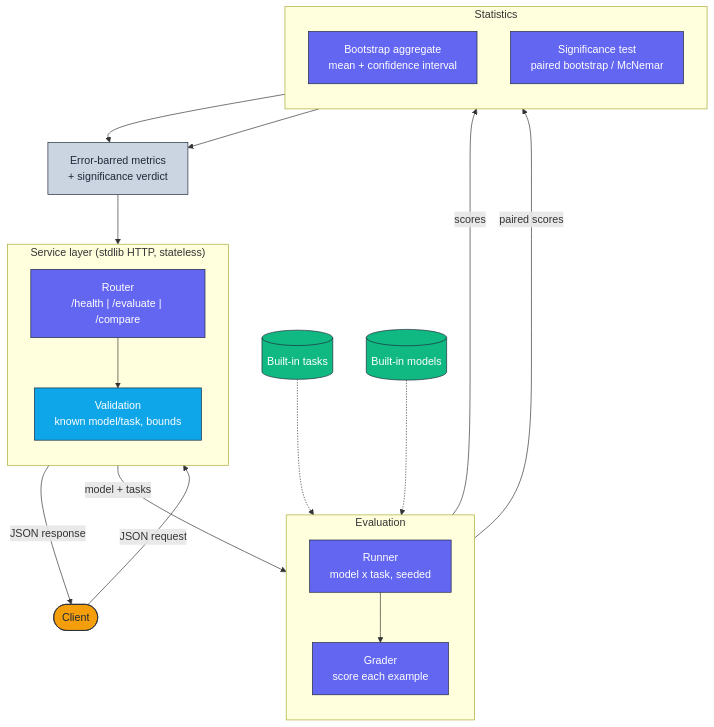
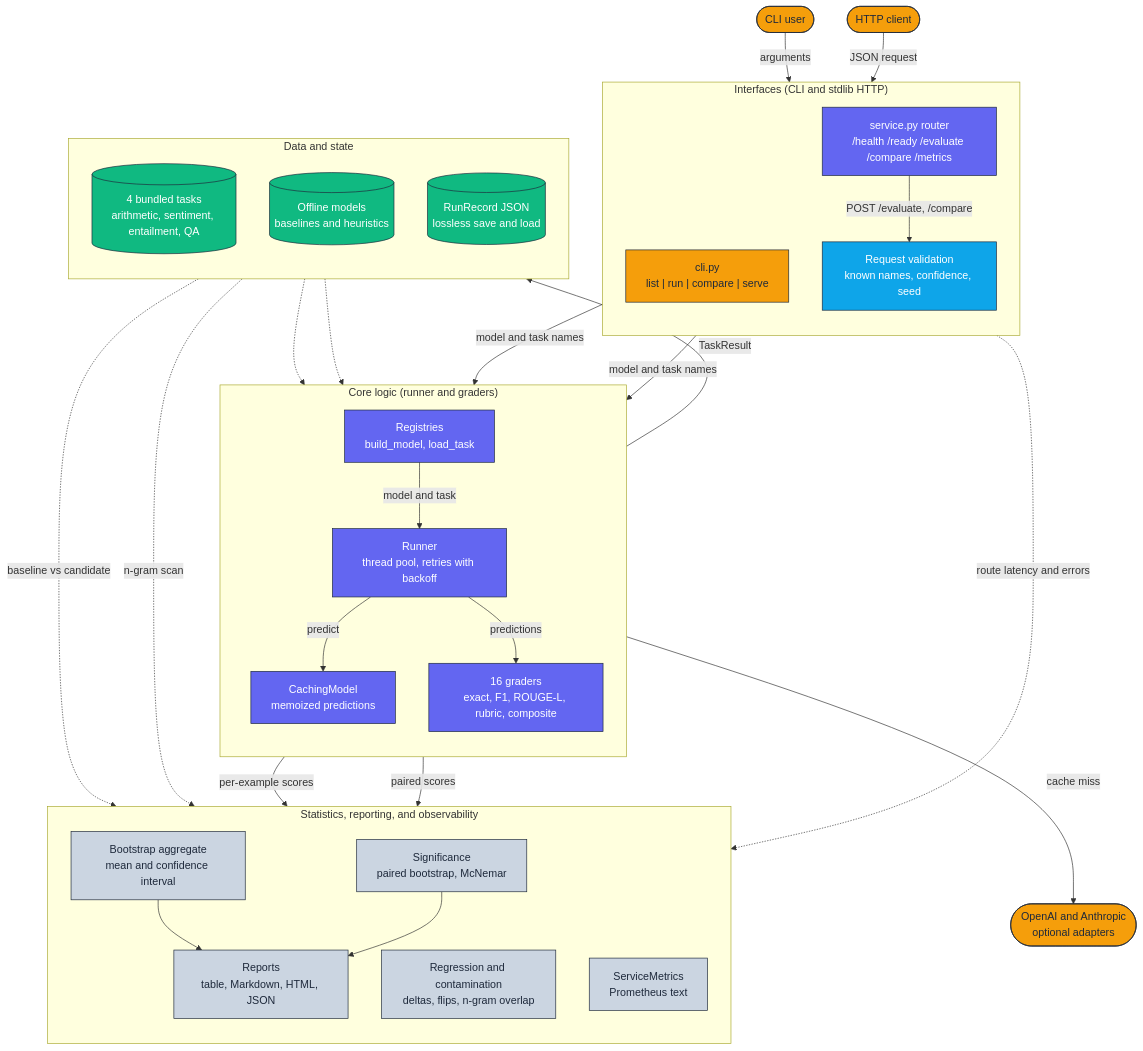
One commit to adeoluo/evaluation-harness changed the diagram in docs/architecture/architecture.mmd. Above: the diagram before and after it, drawn with Mermaid. The commit also changed 2 other files, not shown here.

Commit message:
docs: vertical layered architecture diagram

```diff
--- a/docs/architecture/architecture.mmd
+++ b/docs/architecture/architecture.mmd
@@ -1,41 +1,61 @@
 flowchart TD
     classDef edge     fill:#F59E0B,stroke:#1E293B,color:#1E293B,stroke-width:1px;
     classDef core     fill:#6366F1,stroke:#1E293B,color:#ffffff,stroke-width:1px;
     classDef data     fill:#10B981,stroke:#1E293B,color:#ffffff,stroke-width:1px;
     classDef control  fill:#0EA5E9,stroke:#1E293B,color:#ffffff,stroke-width:1px;
     classDef obs      fill:#CBD5E1,stroke:#1E293B,color:#1E293B,stroke-width:1px;
 
-    Client([Client]):::edge
+    User([CLI user]):::edge
+    Client([HTTP client]):::edge
+    Providers([OpenAI and Anthropic<br/>optional adapters]):::edge
 
-    subgraph Edge["Service layer (stdlib HTTP, stateless)"]
+    subgraph Interfaces["Interfaces (CLI and stdlib HTTP)"]
         direction TB
-        Router["Router<br/>/health | /evaluate | /compare"]:::core
-        Validate["Validation<br/>known model/task, bounds"]:::control
+        CLI["cli.py<br/>list | run | compare | serve"]:::edge
+        Router["service.py router<br/>/health /ready /evaluate /compare /metrics"]:::core
+        Validate["Request validation<br/>known names, confidence, seed"]:::control
     end
 
-    subgraph Run["Evaluation"]
+    subgraph Core["Core logic (runner and graders)"]
         direction TB
-        Runner["Runner<br/>model x task, seeded"]:::core
-        Grader["Grader<br/>score each example"]:::core
+        Registries["Registries<br/>build_model, load_task"]:::core
+        Runner["Runner<br/>thread pool, retries with backoff"]:::core
+        Cache["CachingModel<br/>memoized predictions"]:::core
+        Graders["16 graders<br/>exact, F1, ROUGE-L, rubric, composite"]:::core
     end
 
-    subgraph Stats["Statistics"]
+    subgraph State["Data and state"]
         direction TB
-        Bootstrap["Bootstrap aggregate<br/>mean + confidence interval"]:::core
-        Significance["Significance test<br/>paired bootstrap / McNemar"]:::core
+        Tasks[("4 bundled tasks<br/>arithmetic, sentiment, entailment, QA")]:::data
+        Models[("Offline models<br/>baselines and heuristics")]:::data
+        Records[("RunRecord JSON<br/>lossless save and load")]:::data
     end
 
-    Tasks[(Built-in tasks)]:::data
-    Models[(Built-in models)]:::data
-    Report["Error-barred metrics<br/>+ significance verdict"]:::obs
+    subgraph Obs["Statistics, reporting, and observability"]
+        direction TB
+        Bootstrap["Bootstrap aggregate<br/>mean and confidence interval"]:::obs
+        Significance["Significance<br/>paired bootstrap, McNemar"]:::obs
+        Checks["Regression and contamination<br/>deltas, flips, n-gram overlap"]:::obs
+        Reports["Reports<br/>table, Markdown, HTML, JSON"]:::obs
+        Metrics["ServiceMetrics<br/>Prometheus text"]:::obs
+    end
 
-    Client -->|JSON request| Router --> Validate
-    Tasks -.-> Runner
-    Models -.-> Runner
-    Validate -->|model + tasks| Runner
-    Runner --> Grader
-    Grader -->|scores| Bootstrap
-    Grader -->|paired scores| Significance
-    Bootstrap --> Report
-    Significance --> Report
-    Report --> Router -->|JSON response| Client
+    User -->|arguments| CLI
+    Client -->|JSON request| Router
+    Router -->|POST /evaluate, /compare| Validate
+    CLI -->|model and task names| Registries
+    Validate -->|model and task names| Registries
+    Tasks -.-> Registries
+    Models -.-> Registries
+    Registries -->|model and task| Runner
+    Runner -->|predict| Cache
+    Cache -->|cache miss| Providers
+    Runner -->|predictions| Graders
+    Graders -->|per-example scores| Bootstrap
+    Graders -->|paired scores| Significance
+    Bootstrap --> Reports
+    Significance --> Reports
+    Runner -->|TaskResult| Records
+    Records -.->|baseline vs candidate| Checks
+    Tasks -.->|n-gram scan| Checks
+    Router -.->|route latency and errors| Metrics
```
